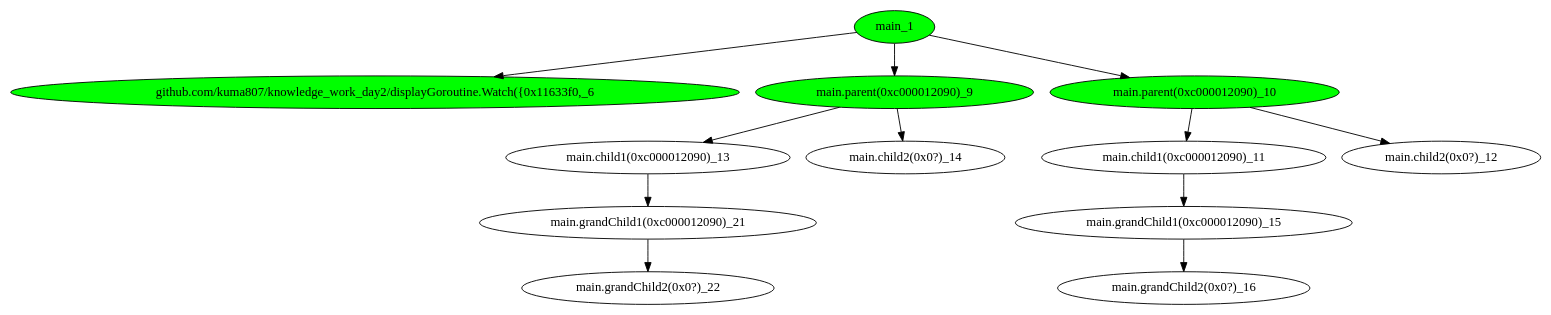
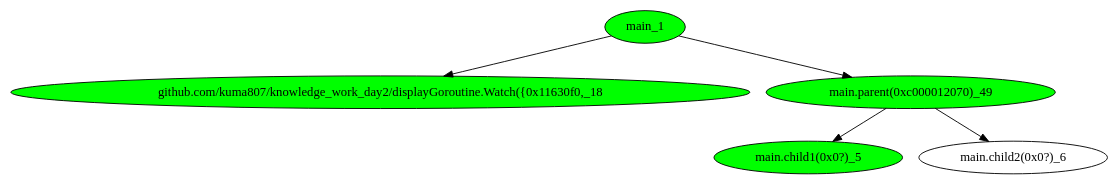
Before and after one commit to kuma807/knowledge_work_day2: the diagram in main_testGoroutine/tree_1.dot, drawn with Graphviz. The commit also changed 35 other files, not shown here.

```diff
--- a/main_testGoroutine/tree_1.dot
+++ b/main_testGoroutine/tree_1.dot
@@ -1,26 +1,12 @@
 digraph G {
-	"main_1"->"github.com/kuma807/knowledge_work_day2/displayGoroutine.Watch({0x11633f0,_6";
-	"main_1"->"main.parent(0xc000012090)_9";
-	"main_1"->"main.parent(0xc000012090)_10";
-	"main.parent(0xc000012090)_10"->"main.child1(0xc000012090)_11";
-	"main.parent(0xc000012090)_10"->"main.child2(0x0?)_12";
-	"main.parent(0xc000012090)_9"->"main.child1(0xc000012090)_13";
-	"main.parent(0xc000012090)_9"->"main.child2(0x0?)_14";
-	"main.child1(0xc000012090)_11"->"main.grandChild1(0xc000012090)_15";
-	"main.grandChild1(0xc000012090)_15"->"main.grandChild2(0x0?)_16";
-	"main.child1(0xc000012090)_13"->"main.grandChild1(0xc000012090)_21";
-	"main.grandChild1(0xc000012090)_21"->"main.grandChild2(0x0?)_22";
-	"github.com/kuma807/knowledge_work_day2/displayGoroutine.Watch({0x11633f0,_6" [ fillcolor="#00FF00", style="solid,filled" ];
-	"main.child1(0xc000012090)_11";
-	"main.child1(0xc000012090)_13";
-	"main.child2(0x0?)_12";
-	"main.child2(0x0?)_14";
-	"main.grandChild1(0xc000012090)_15";
-	"main.grandChild1(0xc000012090)_21";
-	"main.grandChild2(0x0?)_16";
-	"main.grandChild2(0x0?)_22";
-	"main.parent(0xc000012090)_10" [ fillcolor="#00FF00", style="solid,filled" ];
-	"main.parent(0xc000012090)_9" [ fillcolor="#00FF00", style="solid,filled" ];
+	"main_1"->"github.com/kuma807/knowledge_work_day2/displayGoroutine.Watch({0x11630f0,_18";
+	"main_1"->"main.parent(0xc000012070)_49";
+	"main.parent(0xc000012070)_49"->"main.child1(0x0?)_5";
+	"main.parent(0xc000012070)_49"->"main.child2(0x0?)_6";
+	"github.com/kuma807/knowledge_work_day2/displayGoroutine.Watch({0x11630f0,_18" [ fillcolor="#00FF00", style="solid,filled" ];
+	"main.child1(0x0?)_5" [ fillcolor="#00FF00", style="solid,filled" ];
+	"main.child2(0x0?)_6";
+	"main.parent(0xc000012070)_49" [ fillcolor="#00FF00", style="solid,filled" ];
 	"main_1" [ fillcolor="#00FF00", style="solid,filled" ];
 
 }
```
